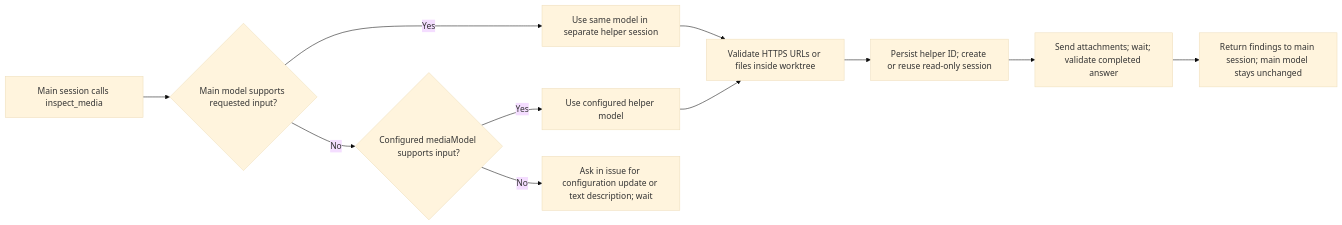
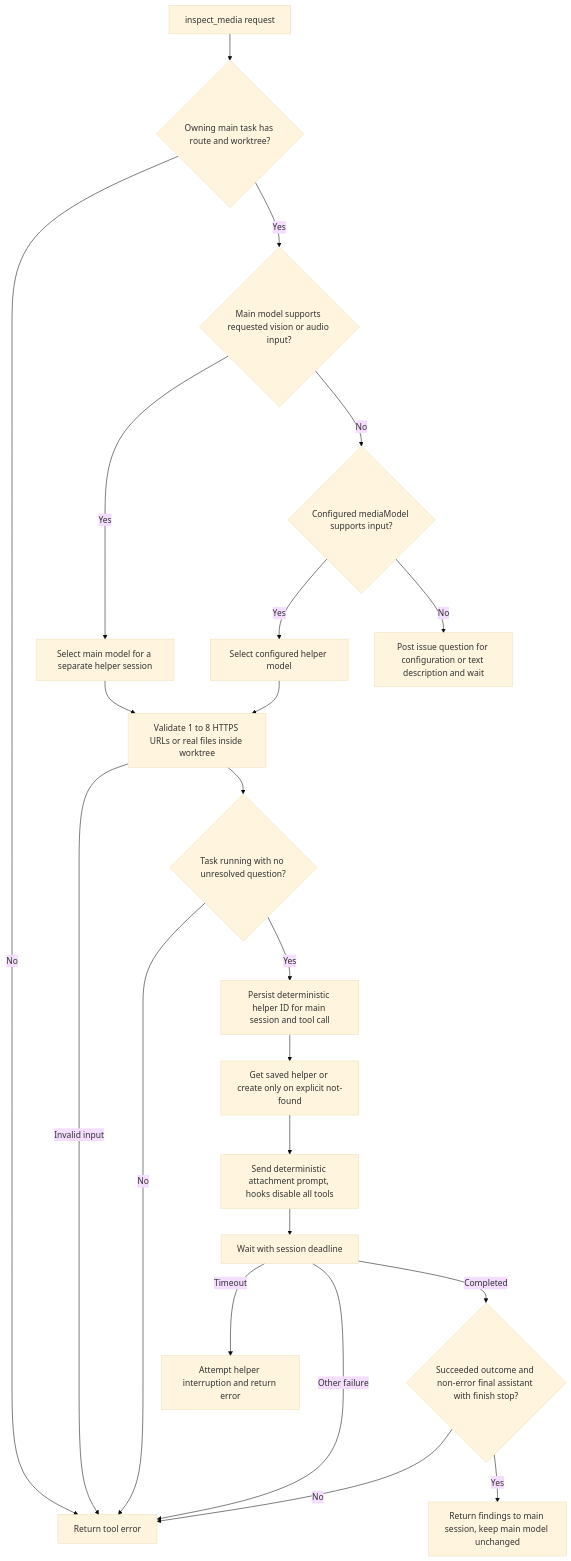
The fifth of 8 diagrams in docs/bot-workflow.md (d3cker/opencode2-github-automation), drawn with Mermaid (base theme) before and after one commit. The commit also changed other lines of this file and 9 other files, not shown here.

Commit message:
docs: align workflow diagrams and require documentation with code changes

````diff
--- a/docs/bot-workflow.md
+++ b/docs/bot-workflow.md
@@ -246,13 +337,24 @@
 ```mermaid
-flowchart LR
-    Call[Main session calls inspect_media] --> Cap{Main model supports requested input?}
-    Cap -->|Yes| Main[Use same model in separate helper session]
+flowchart TD
+    Call[inspect_media request] --> MainTask{Owning main task has route and worktree?}
+    MainTask -->|No| Error[Return tool error]
+    MainTask -->|Yes| Cap{Main model supports requested vision or audio input?}
+    Cap -->|Yes| Main[Select main model for a separate helper session]
     Cap -->|No| Other{Configured mediaModel supports input?}
-    Other -->|Yes| Helper[Use configured helper model]
-    Other -->|No| Ask[Ask in issue for configuration update or text description; wait]
-    Main --> Files[Validate HTTPS URLs or files inside worktree]
+    Other -->|Yes| Helper[Select configured helper model]
+    Other -->|No| Ask[Post issue question for configuration or text description and wait]
+    Main --> Files[Validate 1 to 8 HTTPS URLs or real files inside worktree]
     Helper --> Files
-    Files --> Session[Persist helper ID; create or reuse read-only session]
-    Session --> Result[Send attachments; wait; validate completed answer]
-    Result --> Return[Return findings to main session; main model stays unchanged]
+    Files -->|Invalid input| Error
+    Files --> Guard{Task running with no unresolved question?}
+    Guard -->|No| Error
+    Guard -->|Yes| ID[Persist deterministic helper ID for main session and tool call]
+    ID --> Session[Get saved helper or create only on explicit not-found]
+    Session --> Prompt[Send deterministic attachment prompt, hooks disable all tools]
+    Prompt --> Wait[Wait with session deadline]
+    Wait -->|Timeout| Interrupt[Attempt helper interruption and return error]
+    Wait -->|Other failure| Error
+    Wait -->|Completed| Result{Succeeded outcome and non-error final assistant with finish stop?}
+    Result -->|No| Error
+    Result -->|Yes| Return[Return findings to main session, keep main model unchanged]
 ```
````
